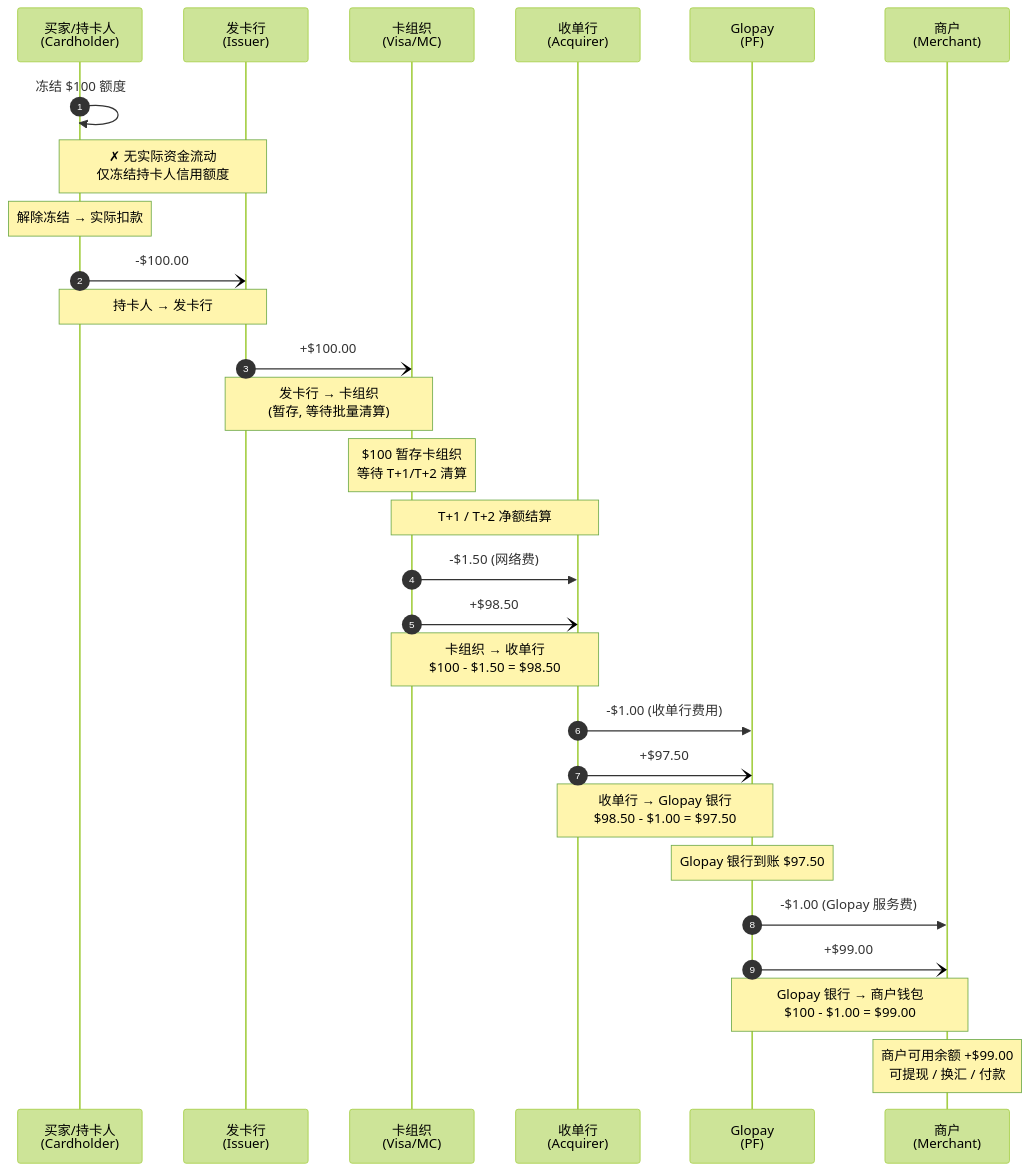
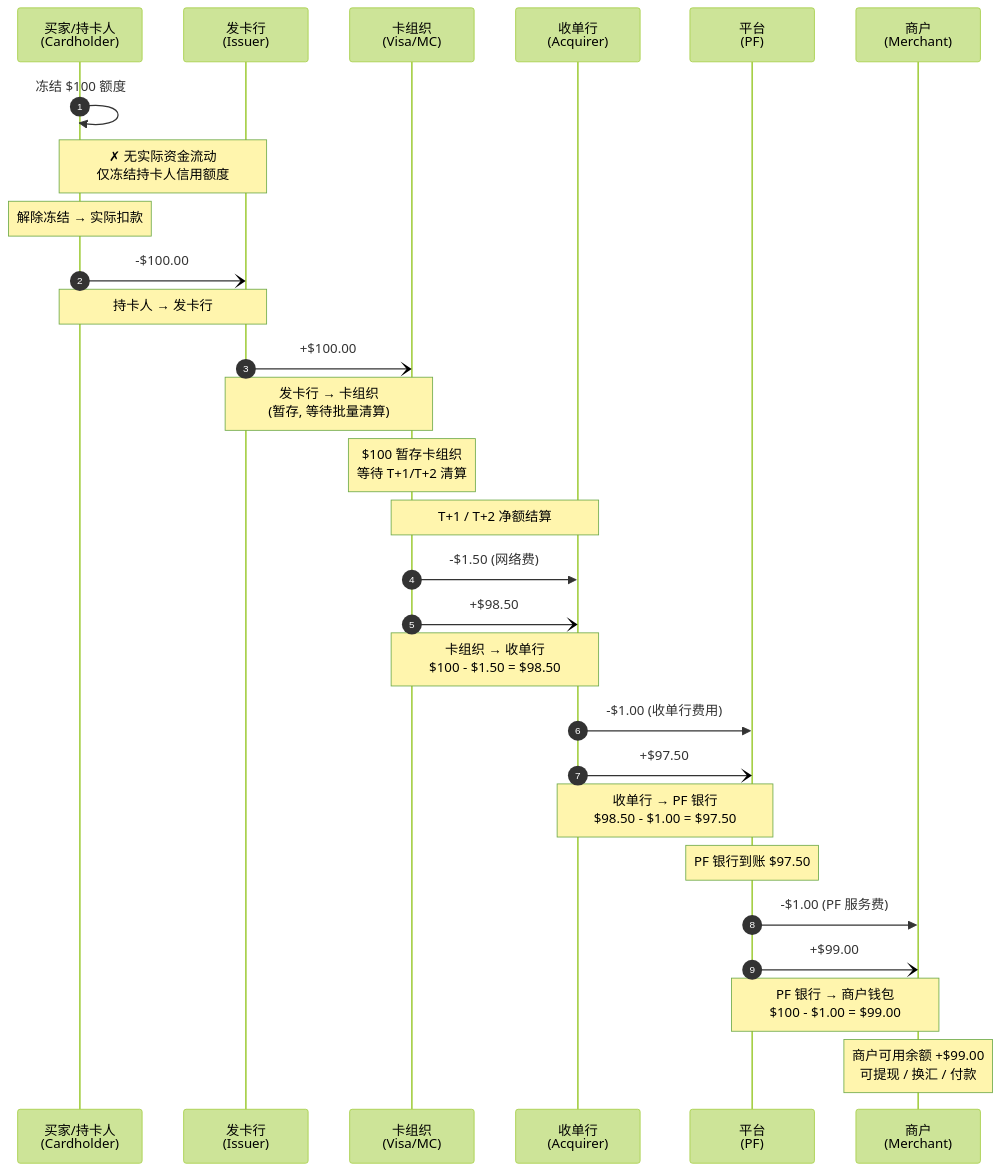
The diagram in docs/acquiring-fund-flow.md (1aboveio/wallet-architecture), drawn with Mermaid (forest theme) before and after one commit. The commit also changed other lines of this file and 4 other files, not shown here.

````diff
--- a/docs/acquiring-fund-flow.md
+++ b/docs/acquiring-fund-flow.md
@@ -3,53 +3,53 @@
 ```mermaid
 sequenceDiagram
     autonumber
     participant C as 买家/持卡人<br>(Cardholder)
     participant Iss as 发卡行<br>(Issuer)
     participant CN as 卡组织<br>(Visa/MC)
     participant Acq as 收单行<br>(Acquirer)
-    participant PF as Glopay<br>(PF)
+    participant PF as 平台<br>(PF)
     participant M as 商户<br>(Merchant)
 
     box rgb(230,245,255) ① AUTH 授权 — 无资金流动
     end
 
     C->>C: 冻结 $100 额度
     Note over C,Iss: ✗ 无实际资金流动<br>仅冻结持卡人信用额度
 
     box rgb(255,245,230) ② CAPTURE 请款 — 资金开始流转
     end
 
     Note over C: 解除冻结 → 实际扣款
 
     C-)Iss: -$100.00
     Note over C,Iss: 持卡人 → 发卡行
 
     Iss-)CN: +$100.00
     Note over Iss,CN: 发卡行 → 卡组织<br>(暂存, 等待批量清算)
 
     Note over CN: $100 暂存卡组织<br>等待 T+1/T+2 清算
 
-    box rgb(230,255,230) ③ SETTLE 收单行→Glopay — 逐级扣费
+    box rgb(230,255,230) ③ SETTLE 收单行→PF — 逐级扣费
     end
 
     Note over CN,Acq: T+1 / T+2 净额结算
 
     CN->>Acq: -$1.50 (网络费)
     CN-)Acq: +$98.50
     Note over CN,Acq: 卡组织 → 收单行<br>$100 - $1.50 = $98.50
 
     Acq->>PF: -$1.00 (收单行费用)
     Acq-)PF: +$97.50
-    Note over Acq,PF: 收单行 → Glopay 银行<br>$98.50 - $1.00 = $97.50
+    Note over Acq,PF: 收单行 → PF 银行<br>$98.50 - $1.00 = $97.50
 
-    Note over PF: Glopay 银行到账 $97.50
+    Note over PF: PF 银行到账 $97.50
 
-    box rgb(255,230,255) ④ SETTLE Glopay→商户 — 扣除平台费用
+    box rgb(255,230,255) ④ SETTLE PF→商户 — 扣除平台费用
     end
 
-    PF->>M: -$1.00 (Glopay 服务费)
+    PF->>M: -$1.00 (PF 服务费)
     PF-)M: +$99.00
-    Note over PF,M: Glopay 银行 → 商户钱包<br>$100 - $1.00 = $99.00
+    Note over PF,M: PF 银行 → 商户钱包<br>$100 - $1.00 = $99.00
 
     Note over M: 商户可用余额 +$99.00<br>可提现 / 换汇 / 付款
 ```
````
